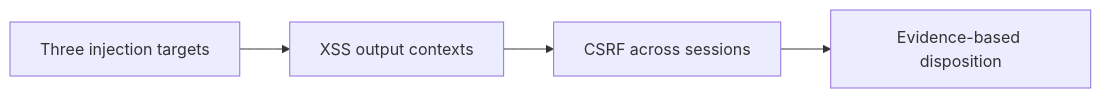
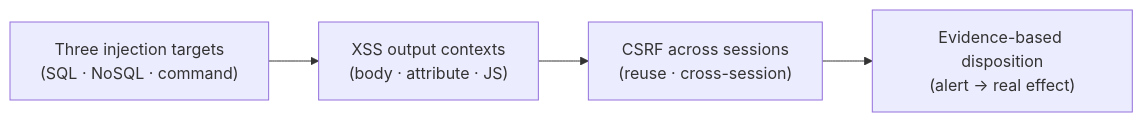
One commit to rupeshtiwari/pluralsight-script-development-with-zap changed the diagram in demos/module1-demos/m1-demo1-targeted-injection-xss-csrf/README.md. Above: the diagram before and after it, drawn with Mermaid. The commit also changed other lines of this file and 5 other files, not shown here.

````diff
--- a/demos/module1-demos/m1-demo1-targeted-injection-xss-csrf/README.md
+++ b/demos/module1-demos/m1-demo1-targeted-injection-xss-csrf/README.md
@@ -40,10 +40,8 @@
 ```mermaid
 flowchart LR
-  S1["Three injection targets"]
-  S2["XSS output contexts"]
-  S3["CSRF across sessions"]
-  S4["Evidence-based disposition"]
-  S1 --> S2
-  S2 --> S3
-  S3 --> S4
+  S1["Three injection targets<br/>(SQL · NoSQL · command)"]
+  S2["XSS output contexts<br/>(body · attribute · JS)"]
+  S3["CSRF across sessions<br/>(reuse · cross-session)"]
+  S4["Evidence-based disposition<br/>(alert → real effect)"]
+  S1 --> S2 --> S3 --> S4
 ```
````
